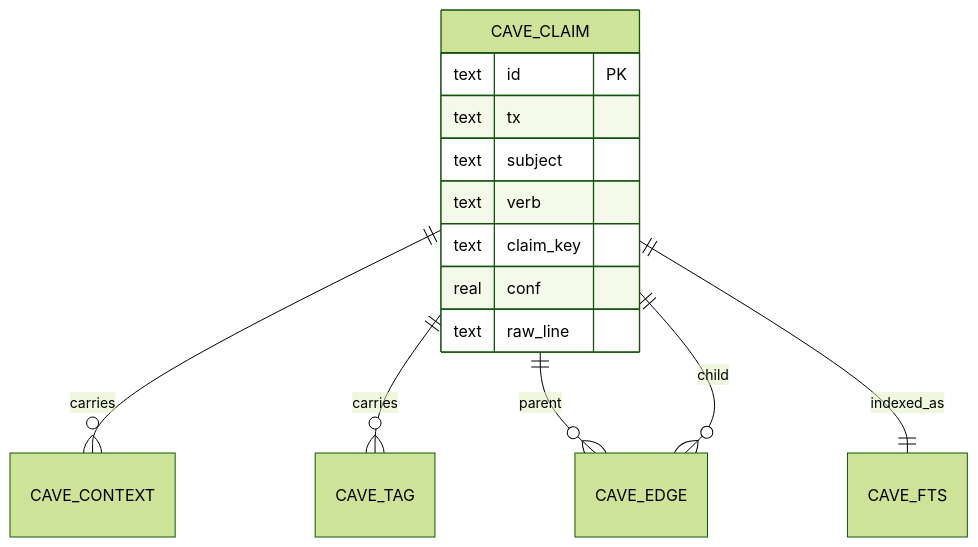
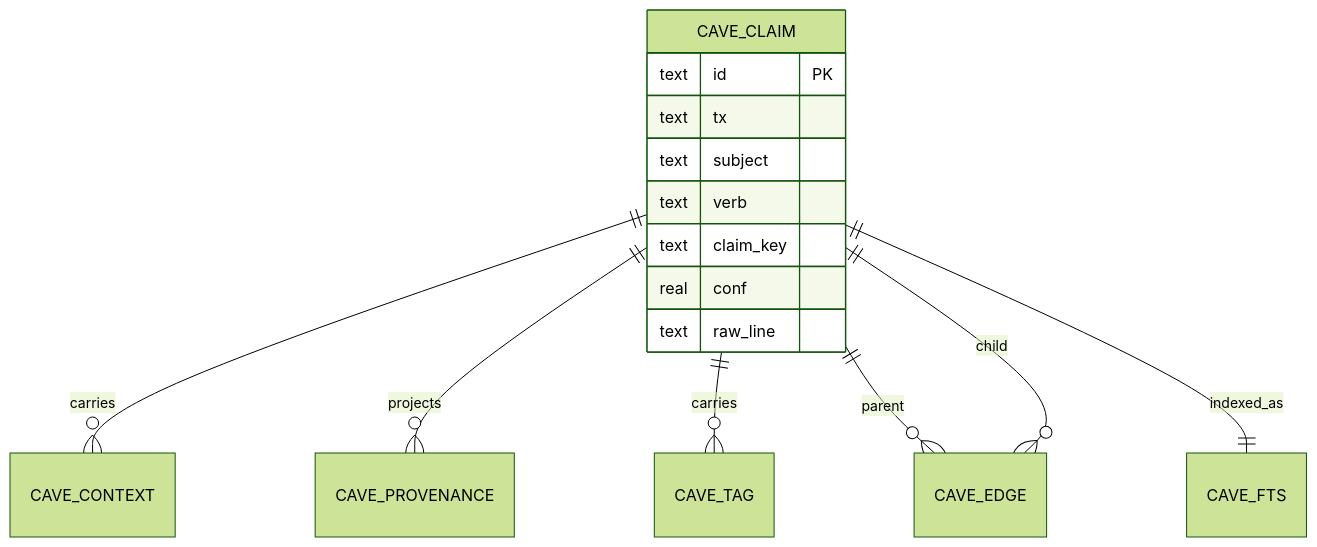
One commit to mirek/cave changed the third of 5 diagrams in ARCHITECTURE.md. Above: the diagram before and after it, drawn with Mermaid (forest theme). The commit also changed other lines of this file and 14 other files, not shown here.

Commit message:
Version SQLite schema migrations (#90)

````diff
--- a/ARCHITECTURE.md
+++ b/ARCHITECTURE.md
@@ -169,18 +169,19 @@
 ```mermaid
 erDiagram
     CAVE_CLAIM ||--o{ CAVE_CONTEXT : carries
+    CAVE_CLAIM ||--o{ CAVE_PROVENANCE : projects
     CAVE_CLAIM ||--o{ CAVE_TAG : carries
     CAVE_CLAIM ||--o{ CAVE_EDGE : parent
     CAVE_CLAIM ||--o{ CAVE_EDGE : child
     CAVE_CLAIM ||--|| CAVE_FTS : indexed_as
 
     CAVE_CLAIM {
         text id PK
         text tx
         text subject
         text verb
         text claim_key
         real conf
         text raw_line
     }
 ```
````
